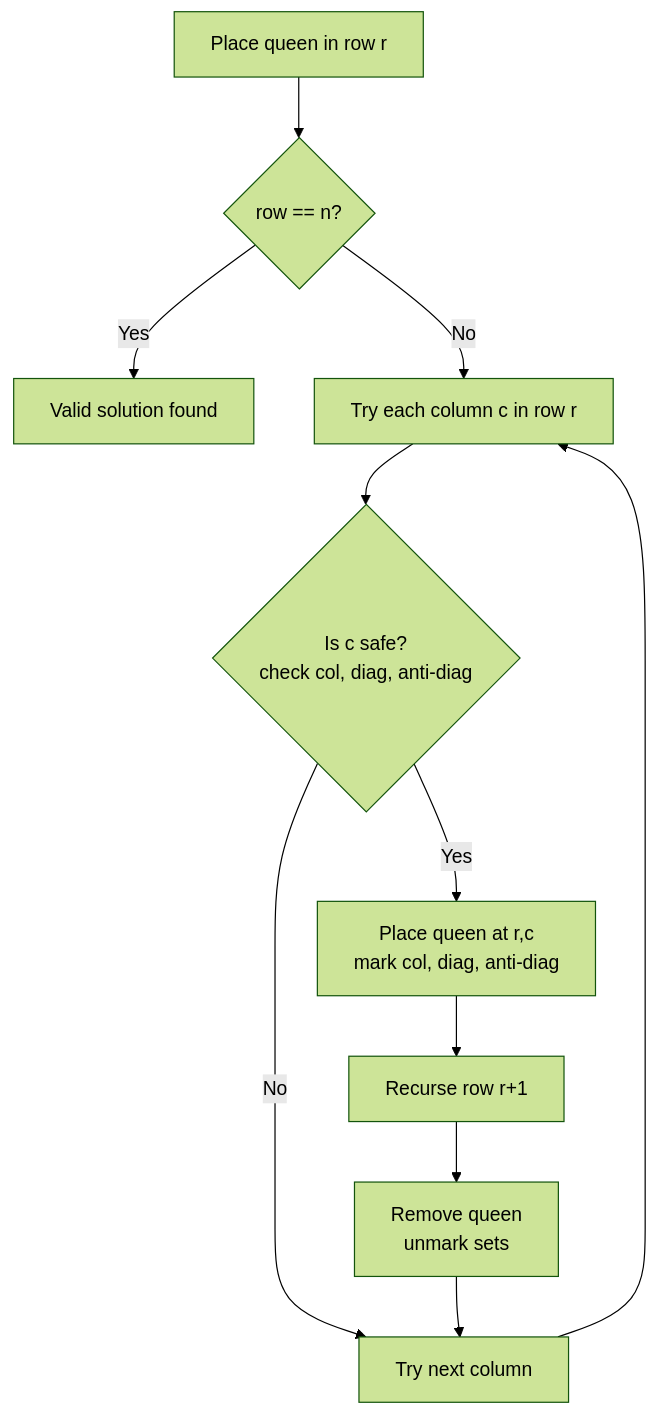
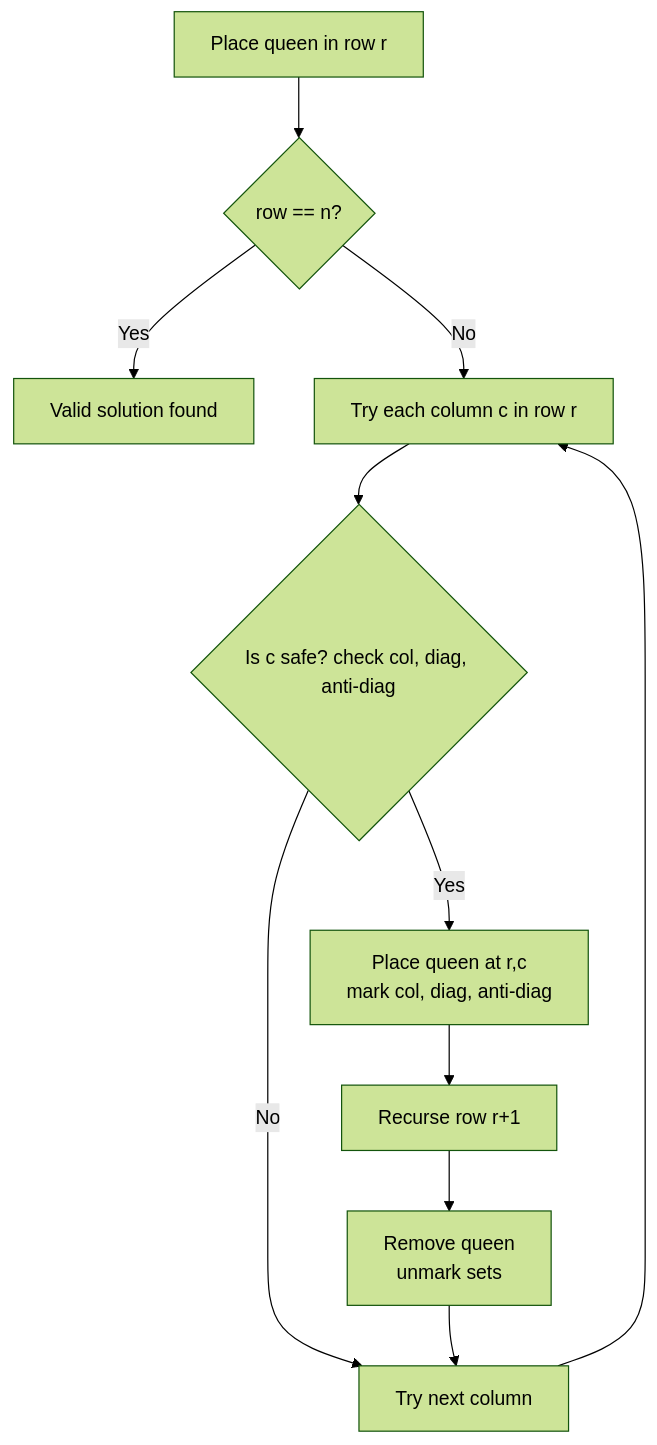
One commit to deepanshu-rawat6/AlgoAtlas changed the fifth of 7 diagrams in backtracking/README.md. Above: the diagram before and after it, drawn with Mermaid (forest theme). The commit also changed other lines of this file and 43 other files, not shown here.

````diff
--- a/backtracking/README.md
+++ b/backtracking/README.md
@@ -114,13 +114,13 @@
 ```mermaid
 flowchart TD
-    A[Place queen in row r] --> B{row == n?}
+    A[Place queen in row r] --> B{"row == n?"}
     B -- Yes --> C[Valid solution found]
     B -- No --> D[Try each column c in row r]
-    D --> E{Is c safe?<br>check col, diag, anti-diag}
+    D --> E{"Is c safe? check col, diag, anti-diag"}
     E -- No --> F[Try next column]
     E -- Yes --> G[Place queen at r,c<br>mark col, diag, anti-diag]
     G --> H[Recurse row r+1]
     H --> I[Remove queen<br>unmark sets]
     I --> F
     F --> D
 ```
````
